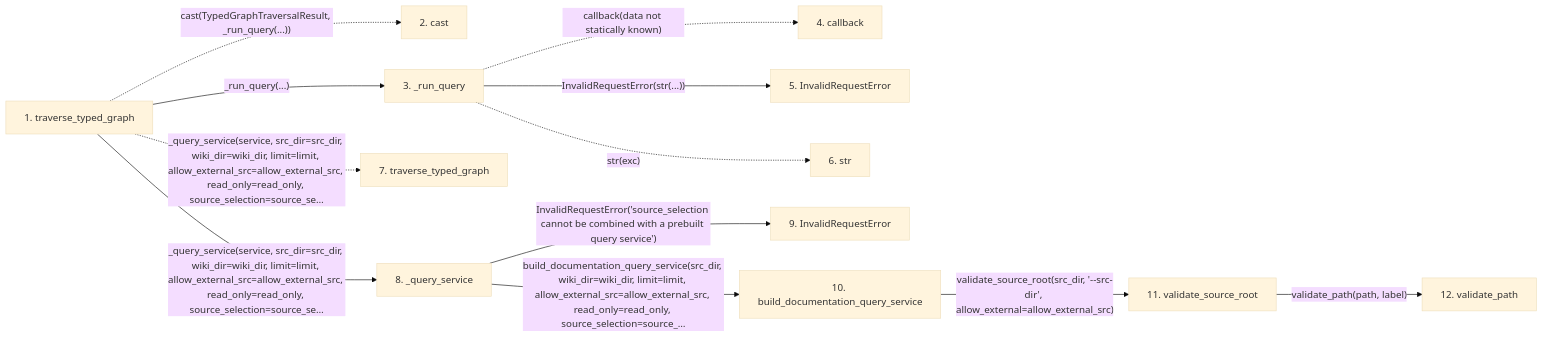
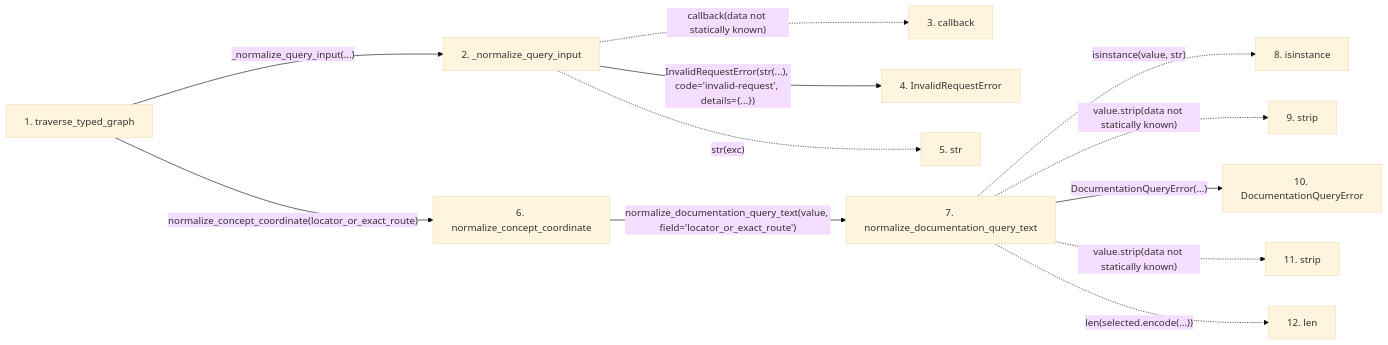
Before and after one commit to Denissvgn/python-wiki-llm: the second of 2 diagrams in docs/llm_wiki/flows/api-traverse_typed_graph.md, drawn with Mermaid (base theme). The commit also changed other lines of this file and 364 other files, not shown here.

````diff
--- a/docs/llm_wiki/flows/api-traverse_typed_graph.md
+++ b/docs/llm_wiki/flows/api-traverse_typed_graph.md
@@ -85,34 +84,32 @@
 ```mermaid
 flowchart LR
     s1["1. traverse_typed_graph"]
-    s2["2. cast"]
-    s3["3. _run_query"]
-    s4["4. callback"]
-    s5["5. InvalidRequestError"]
-    s6["6. str"]
-    s7["7. traverse_typed_graph"]
-    s8["8. _query_service"]
-    s9["9. InvalidRequestError"]
-    s10["10. build_documentation_query_service"]
-    s11["11. validate_source_root"]
-    s12["12. validate_path"]
-    s1 -. "cast(TypedGraphTraversalResult, _run_query(...))" .-> s2
-    s1 -->|"_run_query(...)"| s3
-    s3 -. "callback(data not statically known)" .-> s4
-    s3 -->|"InvalidRequestError(str(...))"| s5
-    s3 -. "str(exc)" .-> s6
-    s1 -. "_query_service(service, src_dir=src_dir, wiki_dir=wiki_dir, limit=limit, allow_external_src=allow_external_src, read_only=read_only, source_selection=source_se…" .-> s7
-    s1 -->|"_query_service(service, src_dir=src_dir, wiki_dir=wiki_dir, limit=limit, allow_external_src=allow_external_src, read_only=read_only, source_selection=source_se…"| s8
-    s8 -->|"InvalidRequestError('source_selection cannot be combined with a prebuilt query service')"| s9
-    s8 -->|"build_documentation_query_service(src_dir, wiki_dir=wiki_dir, limit=limit, allow_external_src=allow_external_src, read_only=read_only, source_selection=source_…"| s10
-    s10 -->|"validate_source_root(src_dir, '--src-dir', allow_external=allow_external_src)"| s11
-    s11 -->|"validate_path(path, label)"| s12
+    s2["2. _normalize_query_input"]
+    s3["3. callback"]
+    s4["4. InvalidRequestError"]
+    s5["5. str"]
+    s6["6. normalize_concept_coordinate"]
+    s7["7. normalize_documentation_query_text"]
+    s8["8. isinstance"]
+    s9["9. strip"]
+    s10["10. DocumentationQueryError"]
+    s11["11. strip"]
+    s12["12. len"]
+    s1 -->|"_normalize_query_input(...)"| s2
+    s2 -. "callback(data not statically known)" .-> s3
+    s2 -->|"InvalidRequestError(str(...), code='invalid-request', details={...})"| s4
+    s2 -. "str(exc)" .-> s5
+    s1 -->|"normalize_concept_coordinate(locator_or_exact_route)"| s6
+    s6 -->|"normalize_documentation_query_text(value, field='locator_or_exact_route')"| s7
+    s7 -. "isinstance(value, str)" .-> s8
+    s7 -. "value.strip(data not statically known)" .-> s9
+    s7 -->|"DocumentationQueryError(...)"| s10
+    s7 -. "value.strip(data not statically known)" .-> s11
+    s7 -. "len(selected.encode(...))" .-> s12
     click s1 "../modules/api.md"
-    click s3 "../modules/api.md"
-    click s5 "../modules/api.md"
-    click s8 "../modules/api.md"
-    click s9 "../modules/api.md"
-    click s10 "../modules/api.md"
-    click s11 "../modules/config.md"
-    click s12 "../modules/config.md"
+    click s2 "../modules/api.md"
+    click s4 "../modules/api.md"
+    click s6 "../modules/documentation_query_builder.md"
+    click s7 "../modules/documentation_query_builder.md"
+    click s10 "../modules/documentation_queries.md"
 ```
````
